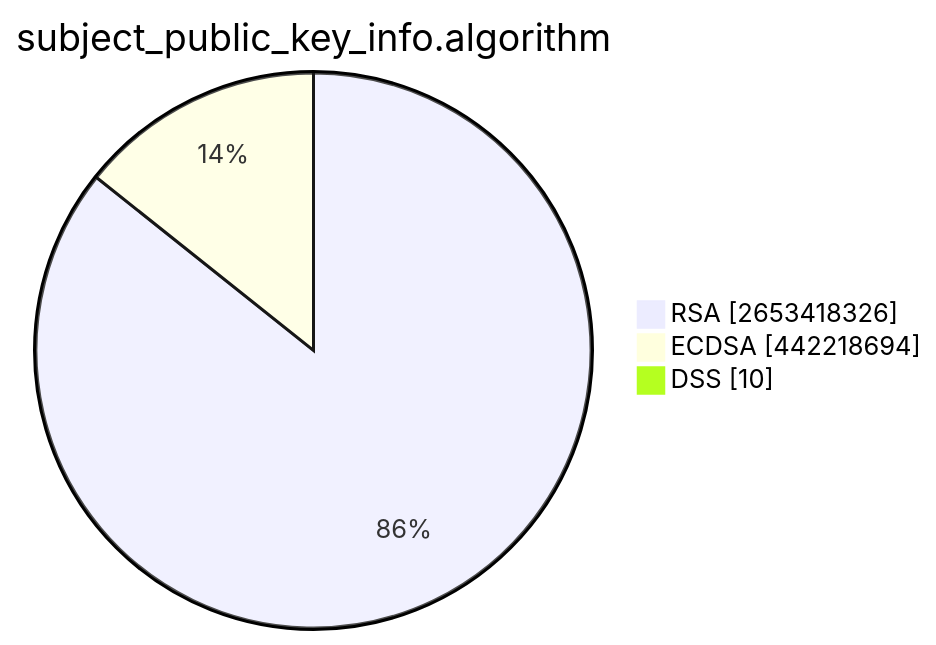
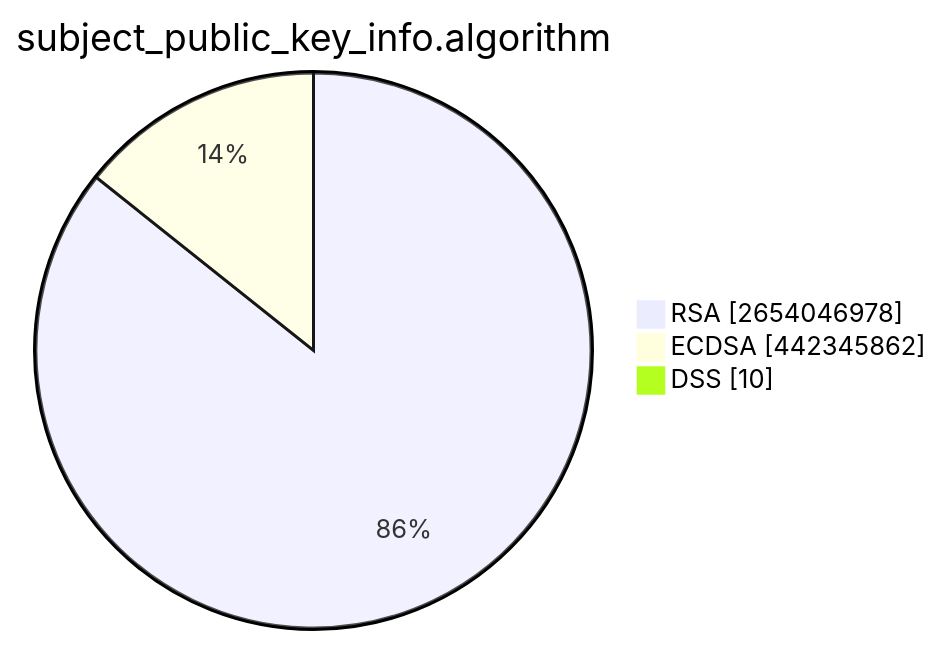
Before and after one commit to christiankrug/ctmonitor_visualization: the second of 15 diagrams in TOTAL/README.md, drawn with Mermaid. The commit also changed other lines of this file, not shown here.

````diff
--- a/TOTAL/README.md
+++ b/TOTAL/README.md
@@ -6,7 +6,7 @@
 ```mermaid
 pie showData
 title subject_public_key_info.algorithm
-"RSA" :2653418326
-"ECDSA" :442218694
+"RSA" :2654046978
+"ECDSA" :442345862
 "DSS" :10
 ```
````
